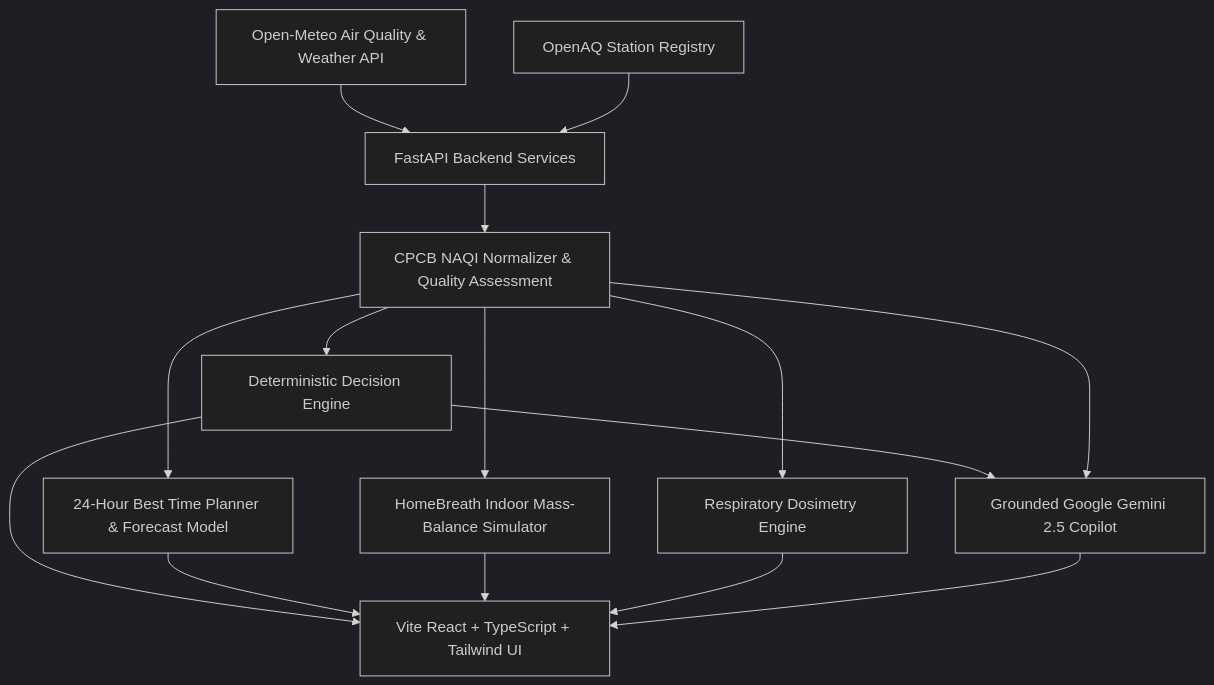
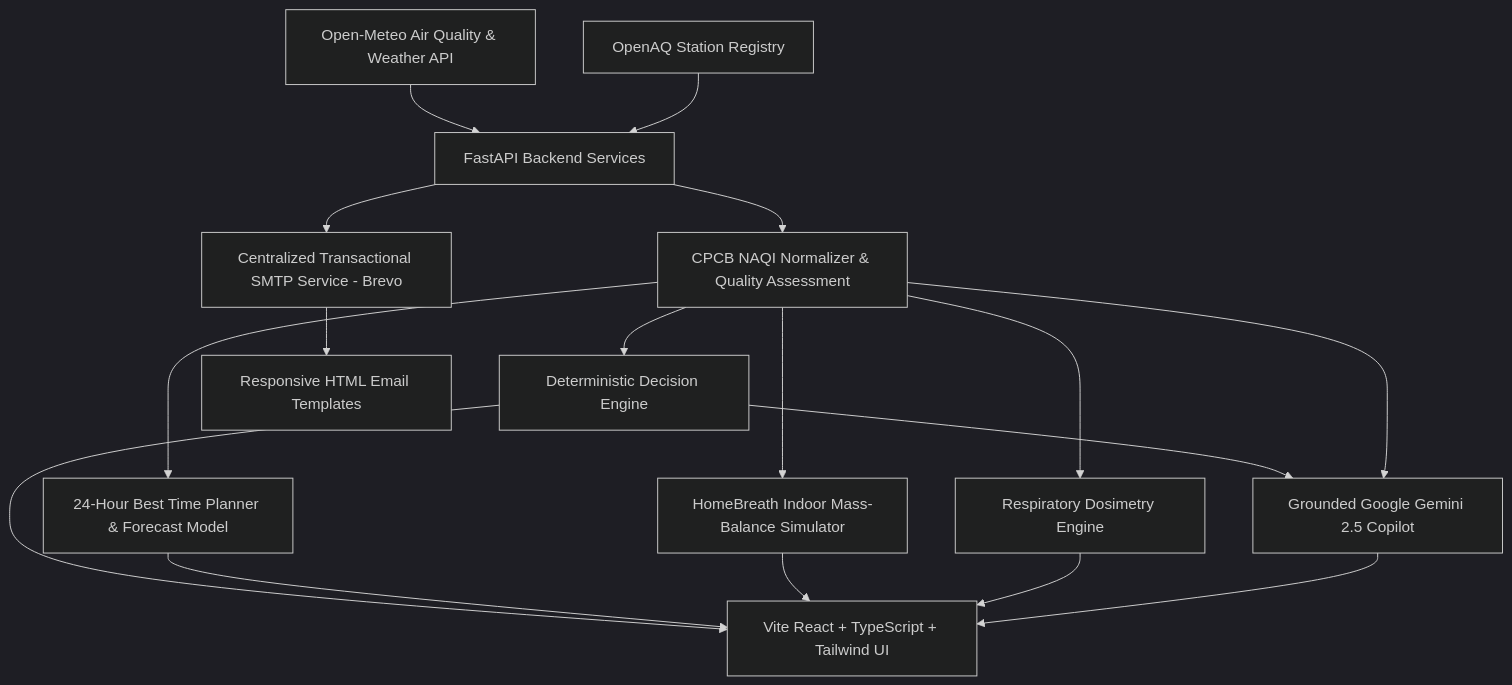
One commit to rajath451/challenge-06-urban-air-quality-assistant changed the diagram in README.md. Above: the diagram before and after it, drawn with Mermaid (dark theme). The commit also changed other lines of this file and 1 other file, not shown here.

````diff
--- a/README.md
+++ b/README.md
@@ -26,12 +41,14 @@
 ```mermaid
 graph TD
     A[Open-Meteo Air Quality & Weather API] --> B[FastAPI Backend Services]
     C[OpenAQ Station Registry] --> B
     B --> D[CPCB NAQI Normalizer & Quality Assessment]
     D --> E[Deterministic Decision Engine]
     D --> F[24-Hour Best Time Planner & Forecast Model]
     D --> G[HomeBreath Indoor Mass-Balance Simulator]
     D --> H[Respiratory Dosimetry Engine]
+    B --> K[Centralized Transactional SMTP Service - Brevo]
+    K --> L[Responsive HTML Email Templates]
     E & D --> I[Grounded Google Gemini 2.5 Copilot]
     E & F & G & H & I --> J[Vite React + TypeScript + Tailwind UI]
 ```
````
